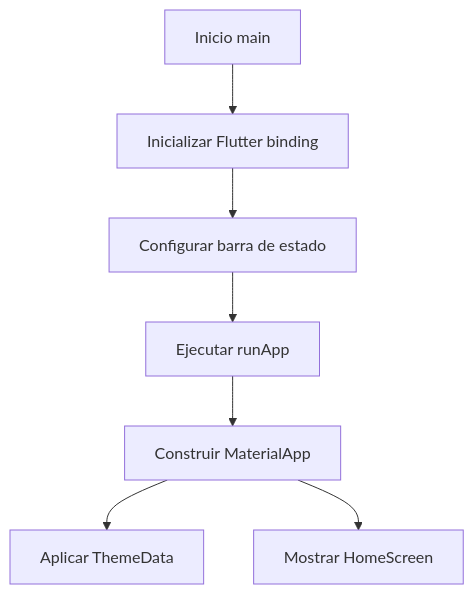
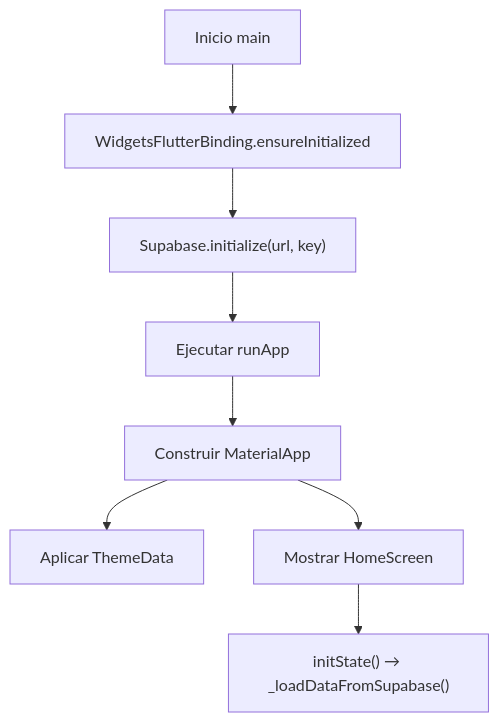
One commit to CristianPG1993/Proyecto-GlobalFin changed the first of 8 diagrams in App movil/globalfin_app/DIAGRAMAS_FLUJOS.md. Above: the diagram before and after it, drawn with Mermaid. The commit also changed other lines of this file and 8 other files, not shown here.

````diff
--- a/App movil/globalfin_app/DIAGRAMAS_FLUJOS.md
+++ b/App movil/globalfin_app/DIAGRAMAS_FLUJOS.md
@@ -7,9 +7,10 @@
 ```mermaid
 flowchart TD
-    A[Inicio main] --> B[Inicializar Flutter binding]
-    B --> C[Configurar barra de estado]
+    A[Inicio main] --> B[WidgetsFlutterBinding.ensureInitialized]
+    B --> C["Supabase.initialize(url, key)"] 
     C --> D[Ejecutar runApp]
     D --> E[Construir MaterialApp]
     E --> F[Aplicar ThemeData]
     E --> G[Mostrar HomeScreen]
+    G --> H["initState() → _loadDataFromSupabase()"]
 ```
````
